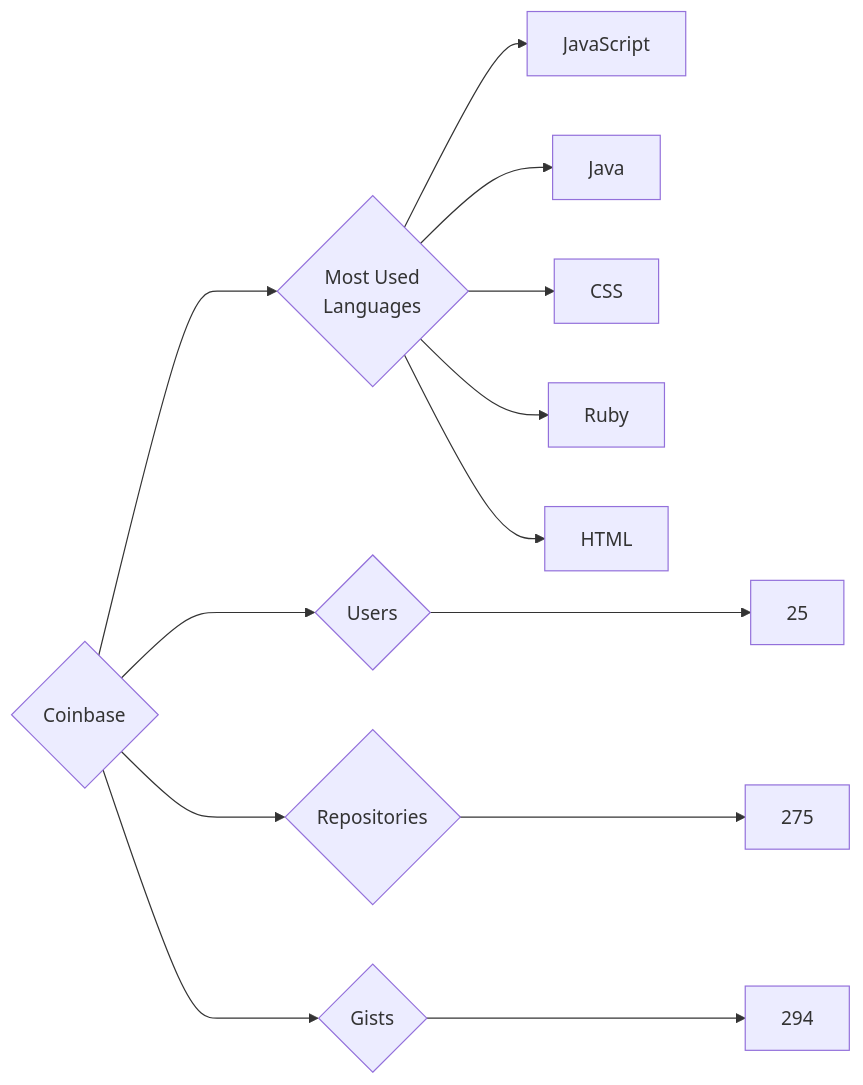
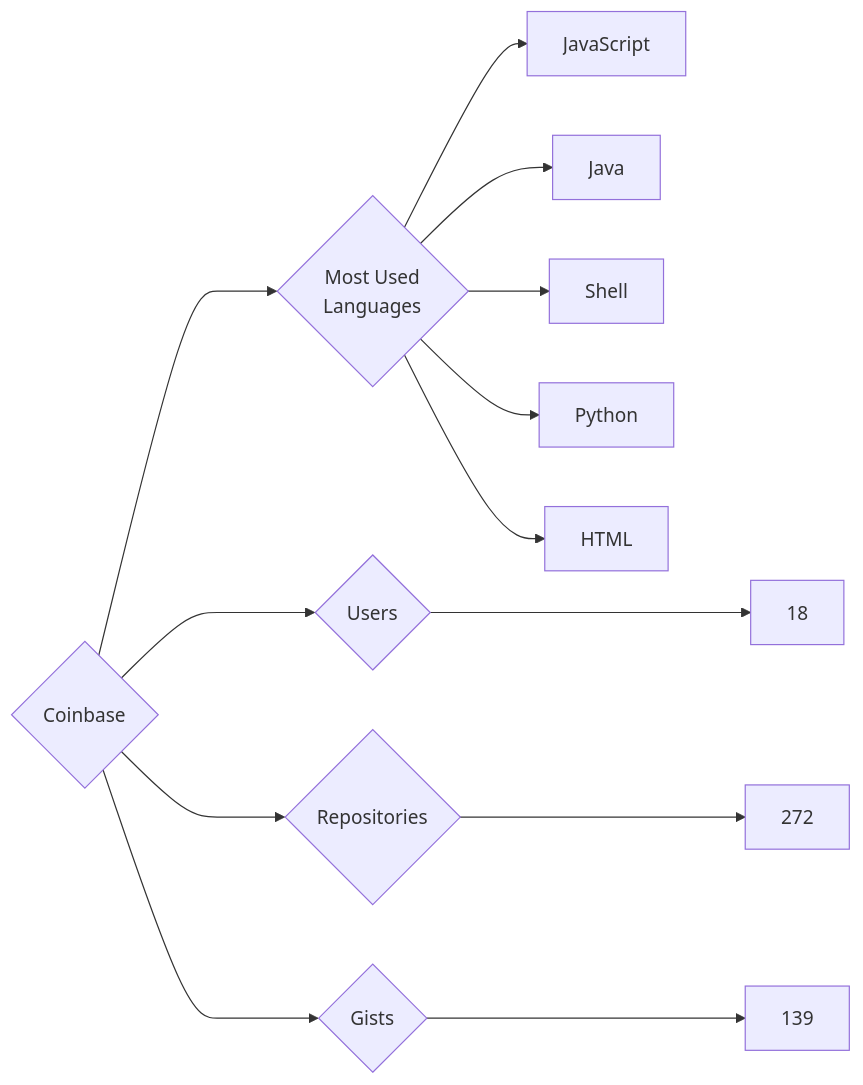
One commit to trickest/insiders changed the diagram in targets/Coinbase/README.md. Above: the diagram before and after it, drawn with Mermaid. The commit also changed 927 other files, not shown here.

````diff
--- a/targets/Coinbase/README.md
+++ b/targets/Coinbase/README.md
@@ -3,13 +3,13 @@
 ```mermaid
 graph LR
 COMPANY_NAME{Coinbase}
-COMPANY_NAME ---> U{Users} ---> UN[25]
-COMPANY_NAME ---> R{Repositories} ---> RN[275]
-COMPANY_NAME ---> G{Gists} ---> GN[294]
+COMPANY_NAME ---> U{Users} ---> UN[18]
+COMPANY_NAME ---> R{Repositories} ---> RN[272]
+COMPANY_NAME ---> G{Gists} ---> GN[139]
 COMPANY_NAME ---> ML{Most Used<br>Languages}
 ML --> JavaScript[JavaScript]
 ML --> Java[Java]
-ML --> CSS[CSS]
-ML --> Ruby[Ruby]
+ML --> Shell[Shell]
+ML --> Python[Python]
 ML --> HTML[HTML]
 ```
````
